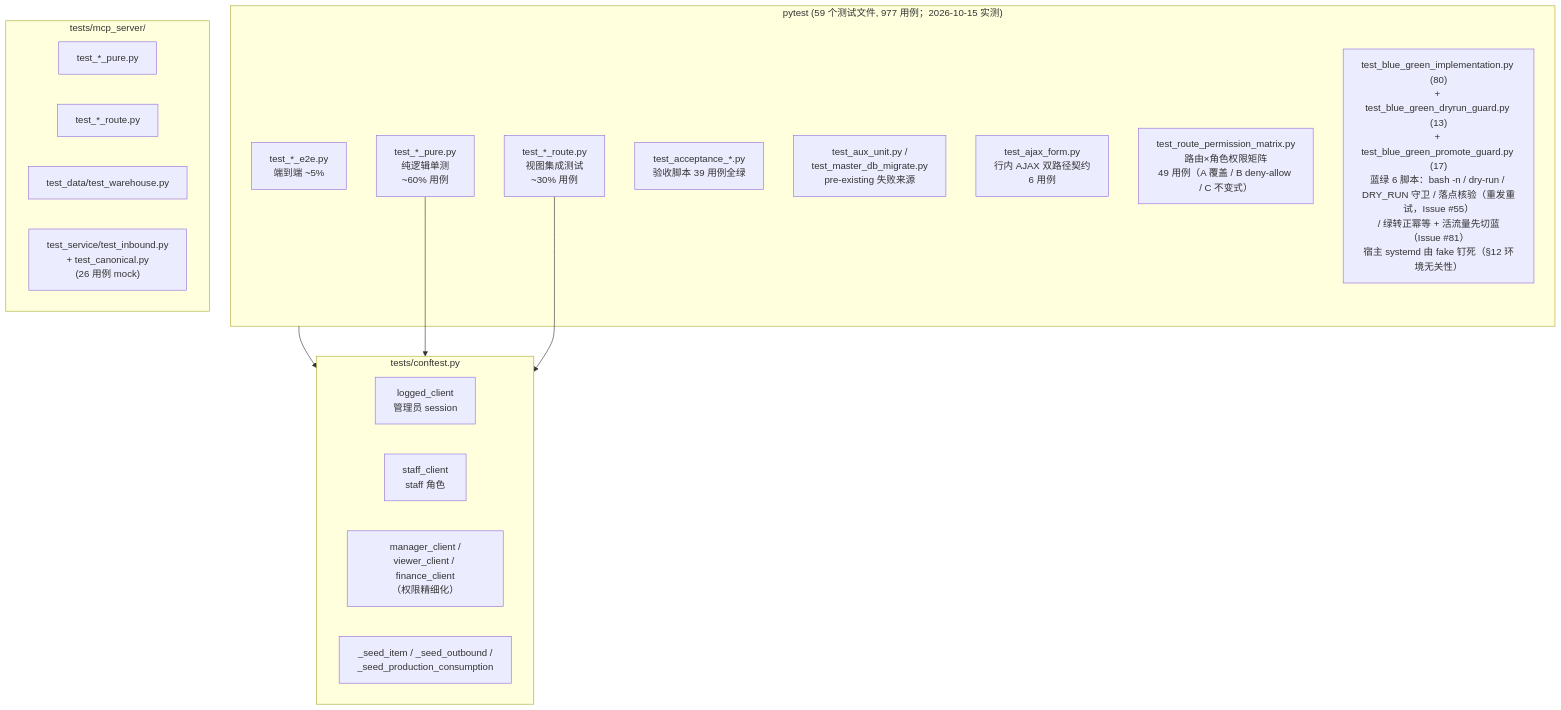
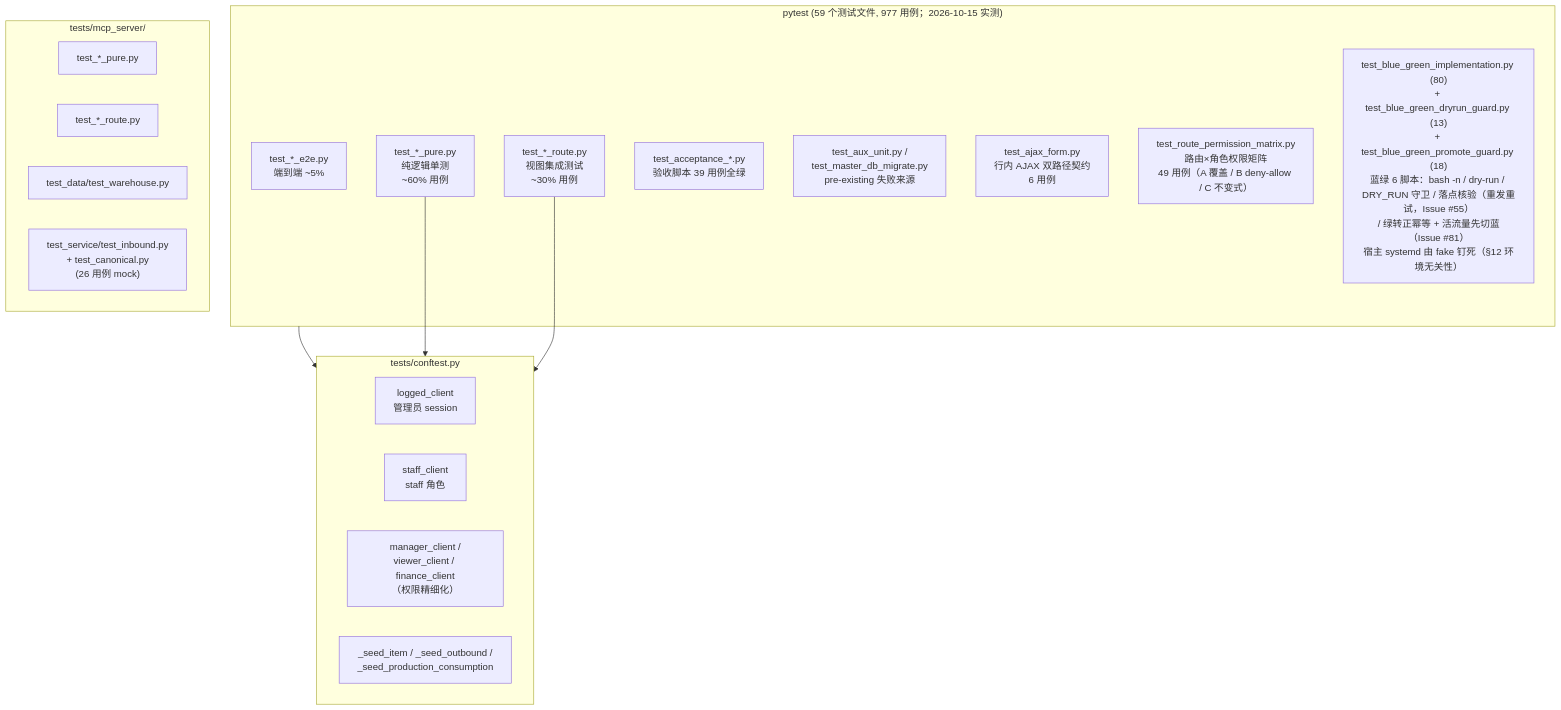
Diagram 17 of 17 in docs/ARCHITECTURE.md (ericmr1981/DailyCheck), drawn with Mermaid before and after one commit. The commit also changed other lines of this file and 1 other file, not shown here.

First line of the commit message:
test(blue-green): promote/活流量守卫用例 + 部署状态目录隔离

````diff
--- a/docs/ARCHITECTURE.md
+++ b/docs/ARCHITECTURE.md
@@ -1097,31 +1097,31 @@
 ```mermaid
 flowchart TB
     subgraph Pytest["pytest (59 个测试文件, 977 用例；2026-10-15 实测)"]
         Pure["test_*_pure.py<br/>纯逻辑单测<br/>~60% 用例"]
         Route["test_*_route.py<br/>视图集成测试<br/>~30% 用例"]
         E2E["test_*_e2e.py<br/>端到端 ~5%"]
         Acceptance["test_acceptance_*.py<br/>验收脚本 39 用例全绿"]
         Aux["test_aux_unit.py /<br/>test_master_db_migrate.py<br/>pre-existing 失败来源"]
         Ajax["test_ajax_form.py<br/>行内 AJAX 双路径契约<br/>6 用例"]
         Perm["test_route_permission_matrix.py<br/>路由×角色权限矩阵<br/>49 用例（A 覆盖 / B deny-allow / C 不变式）"]
-        BlueGreen["test_blue_green_implementation.py (80)<br/>+ test_blue_green_dryrun_guard.py (13)<br/>+ test_blue_green_promote_guard.py (17)<br/>蓝绿 6 脚本：bash -n / dry-run / DRY_RUN 守卫 / 落点核验（重发重试，Issue #55）<br/>/ 绿转正幂等 + 活流量先切蓝（Issue #81）<br/>宿主 systemd 由 fake 钉死（§12 环境无关性）"]
+        BlueGreen["test_blue_green_implementation.py (80)<br/>+ test_blue_green_dryrun_guard.py (13)<br/>+ test_blue_green_promote_guard.py (18)<br/>蓝绿 6 脚本：bash -n / dry-run / DRY_RUN 守卫 / 落点核验（重发重试，Issue #55）<br/>/ 绿转正幂等 + 活流量先切蓝（Issue #81）<br/>宿主 systemd 由 fake 钉死（§12 环境无关性）"]
     end
 
     subgraph Conftest["tests/conftest.py"]
         LoggedClient["logged_client<br/>管理员 session"]
         StaffClient["staff_client<br/>staff 角色"]
         RoleClients["manager_client /<br/>viewer_client / finance_client<br/>（权限精细化）"]
         SeedHelpers["_seed_item / _seed_outbound /<br/>_seed_production_consumption"]
     end
 
     subgraph MCPTest["tests/mcp_server/"]
         MCPPure["test_*_pure.py"]
         MCPRoute["test_*_route.py"]
         MCPData["test_data/test_warehouse.py"]
         MCPService["test_service/test_inbound.py<br/>+ test_canonical.py<br/>(26 用例 mock)"]
     end
 
     Pytest --> Conftest
     Pure --> Conftest
     Route --> Conftest
 ```
````
